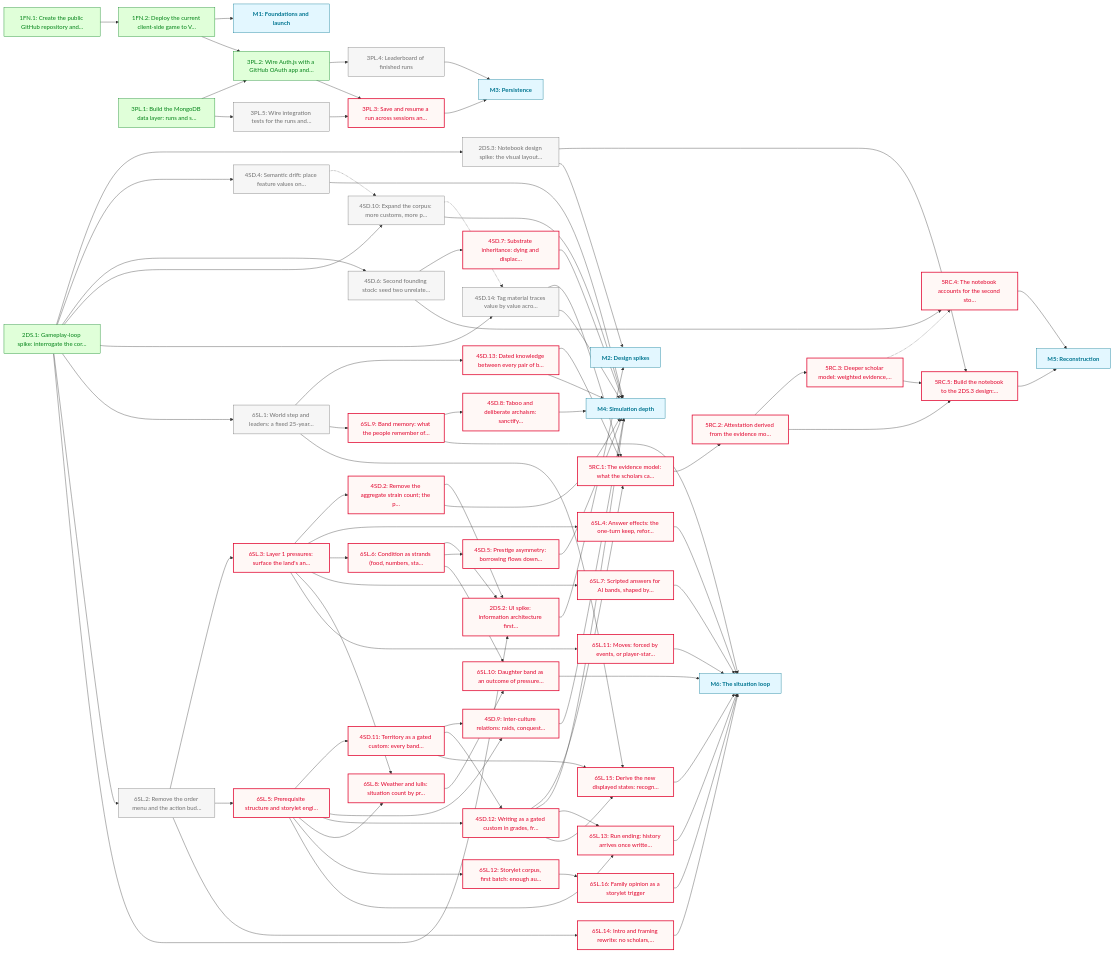
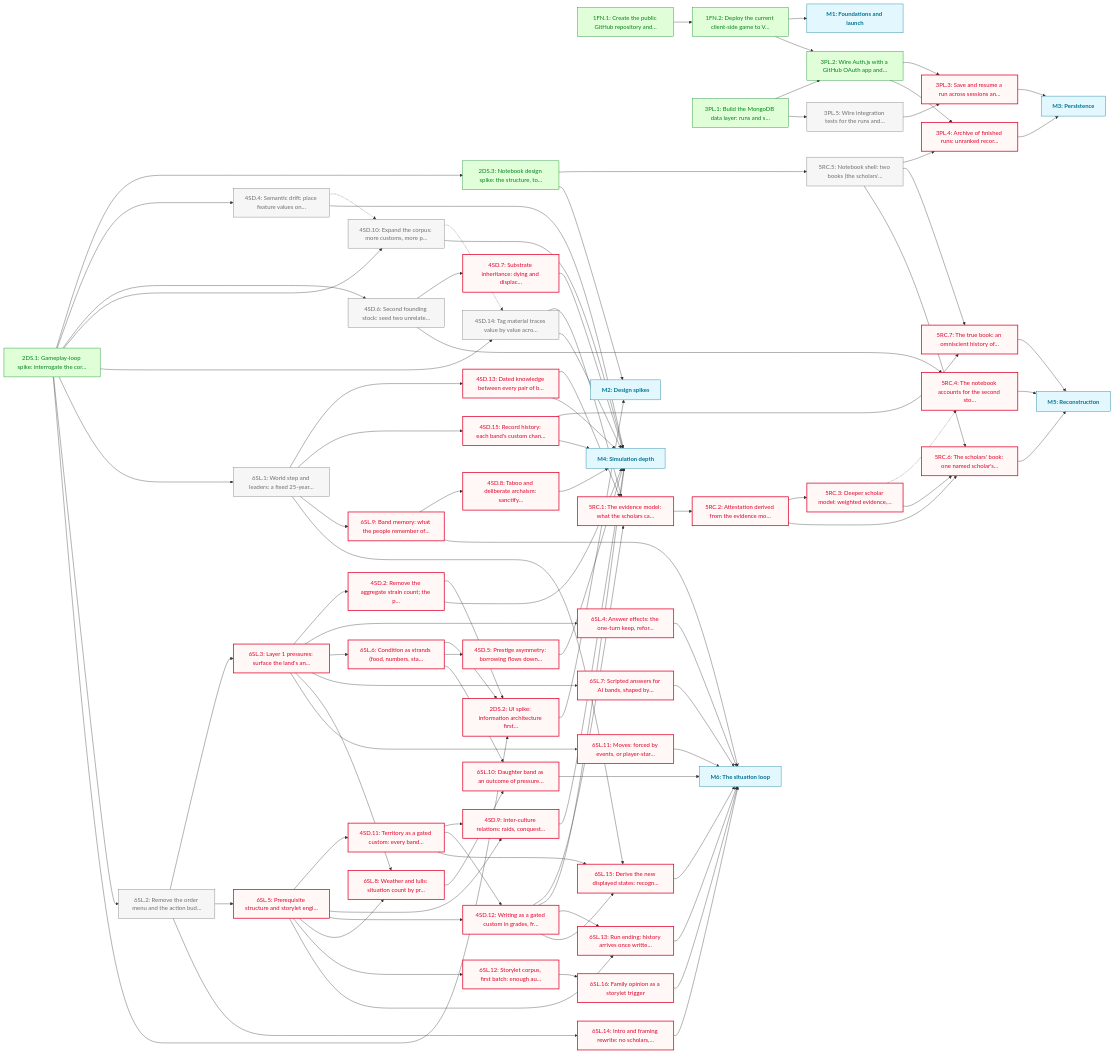
The diagram in docs/roadmaps/PHASE_1.md (JasonWarrenUK/urheimat), drawn with Mermaid before and after one commit. The commit also changed other lines of this file and 3 other files, not shown here.

First line of the commit message:
docs(roadmap): apply the 2DS.3 task batch

````diff
--- a/docs/roadmaps/PHASE_1.md
+++ b/docs/roadmaps/PHASE_1.md
@@ -150,20 +156,23 @@
 	1FN.2["1FN.2: Deploy the current client-side game to V…"]
 	M1["M1: Foundations and launch"]:::mile
 	2DS.1["2DS.1: Gameplay-loop spike: interrogate the cor…"]
-	2DS.3["2DS.3: Notebook design spike: the visual layout…"]
+	2DS.3["2DS.3: Notebook design spike: the structure, to…"]
 	3PL.1["3PL.1: Build the MongoDB data layer: runs and s…"]
 	3PL.2["3PL.2: Wire Auth.js with a GitHub OAuth app and…"]
-	3PL.4["3PL.4: Leaderboard of finished runs"]
 	3PL.5["3PL.5: Wire integration tests for the runs and…"]
 	3PL.3["3PL.3: Save and resume a run across sessions an…"]
-	M3["M3: Persistence"]:::mile
 	4SD.4["4SD.4: Semantic drift: place feature values on…"]
 	4SD.6["4SD.6: Second founding stock: seed two unrelate…"]
 	4SD.7["4SD.7: Substrate inheritance: dying and displac…"]
 	4SD.10["4SD.10: Expand the corpus: more customs, more p…"]
 	4SD.14["4SD.14: Tag material traces value by value acro…"]
+	5RC.5["5RC.5: Notebook shell: two books (the scholars'…"]
+	3PL.4["3PL.4: Archive of finished runs: unranked recor…"]
+	M3["M3: Persistence"]:::mile
 	6SL.1["6SL.1: World step and leaders: a fixed 25-year…"]
 	4SD.13["4SD.13: Dated knowledge between every pair of b…"]
+	4SD.15["4SD.15: Record history: each band's custom chan…"]
+	5RC.7["5RC.7: The true book: an omniscient history of…"]
 	6SL.2["6SL.2: Remove the order menu and the action bud…"]
 	6SL.3["6SL.3: Layer 1 pressures: surface the land's an…"]
 	4SD.2["4SD.2: Remove the aggregate strain count; the p…"]
@@ -176,7 +185,7 @@
 	5RC.2["5RC.2: Attestation derived from the evidence mo…"]
 	5RC.3["5RC.3: Deeper scholar model: weighted evidence,…"]
 	5RC.4["5RC.4: The notebook accounts for the second sto…"]
-	5RC.5["5RC.5: Build the notebook to the 2DS.3 design:…"]
+	5RC.6["5RC.6: The scholars' book: one named scholar's…"]
 	M5["M5: Reconstruction"]:::mile
 	6SL.6["6SL.6: Condition as strands (food, numbers, sta…"]
 	2DS.2["2DS.2: UI spike: information architecture first…"]
@@ -210,9 +219,8 @@
 	2DS.3 --> M2
 	3PL.1 --> 3PL.2
 	3PL.1 --> 3PL.5
+	3PL.2 --> 3PL.3
 	3PL.2 --> 3PL.4
-	3PL.2 --> 3PL.3
-	3PL.4 --> M3
 	3PL.5 --> 3PL.3
 	3PL.3 --> M3
 	4SD.4 -.-> 4SD.10
@@ -224,11 +232,19 @@
 	4SD.10 --> M4
 	4SD.14 --> 5RC.1
 	4SD.14 --> M4
+	5RC.5 --> 3PL.4
+	5RC.5 --> 5RC.7
+	5RC.5 --> 5RC.6
+	3PL.4 --> M3
 	6SL.1 --> 4SD.13
+	6SL.1 --> 4SD.15
 	6SL.1 --> 6SL.9
 	6SL.1 --> 6SL.15
 	4SD.13 --> 5RC.1
 	4SD.13 --> M4
+	4SD.15 --> 5RC.7
+	4SD.15 --> M4
+	5RC.7 --> M5
 	6SL.2 --> 6SL.3
 	6SL.2 --> 6SL.5
 	6SL.2 --> 6SL.14
@@ -257,11 +273,11 @@
 	4SD.12 --> 6SL.15
 	5RC.1 --> 5RC.2
 	5RC.2 --> 5RC.3
-	5RC.2 --> 5RC.5
+	5RC.2 --> 5RC.6
 	5RC.3 -.-> 5RC.4
-	5RC.3 --> 5RC.5
+	5RC.3 --> 5RC.6
 	5RC.4 --> M5
-	5RC.5 --> M5
+	5RC.6 --> M5
 	6SL.6 --> 2DS.2
 	6SL.6 --> 4SD.5
 	6SL.6 --> 6SL.10
@@ -279,7 +295,7 @@
 	6SL.14 --> M6
 	6SL.15 --> M6
 	6SL.16 --> M6
-	class 2DS.3,3PL.4,3PL.5,4SD.10,4SD.14,4SD.4,4SD.6,6SL.1,6SL.2 todo
-	class 2DS.2,3PL.3,4SD.11,4SD.12,4SD.13,4SD.2,4SD.5,4SD.7,4SD.8,4SD.9,5RC.1,5RC.2,5RC.3,5RC.4,5RC.5,6SL.10,6SL.11,6SL.12,6SL.13,6SL.14,6SL.15,6SL.16,6SL.3,6SL.4,6SL.5,6SL.6,6SL.7,6SL.8,6SL.9 blocked
-	class 1FN.1,1FN.2,2DS.1,3PL.1,3PL.2 done
+	class 3PL.5,4SD.10,4SD.14,4SD.4,4SD.6,5RC.5,6SL.1,6SL.2 todo
+	class 2DS.2,3PL.3,3PL.4,4SD.11,4SD.12,4SD.13,4SD.15,4SD.2,4SD.5,4SD.7,4SD.8,4SD.9,5RC.1,5RC.2,5RC.3,5RC.4,5RC.6,5RC.7,6SL.10,6SL.11,6SL.12,6SL.13,6SL.14,6SL.15,6SL.16,6SL.3,6SL.4,6SL.5,6SL.6,6SL.7,6SL.8,6SL.9 blocked
+	class 1FN.1,1FN.2,2DS.1,2DS.3,3PL.1,3PL.2 done
 ```
````
